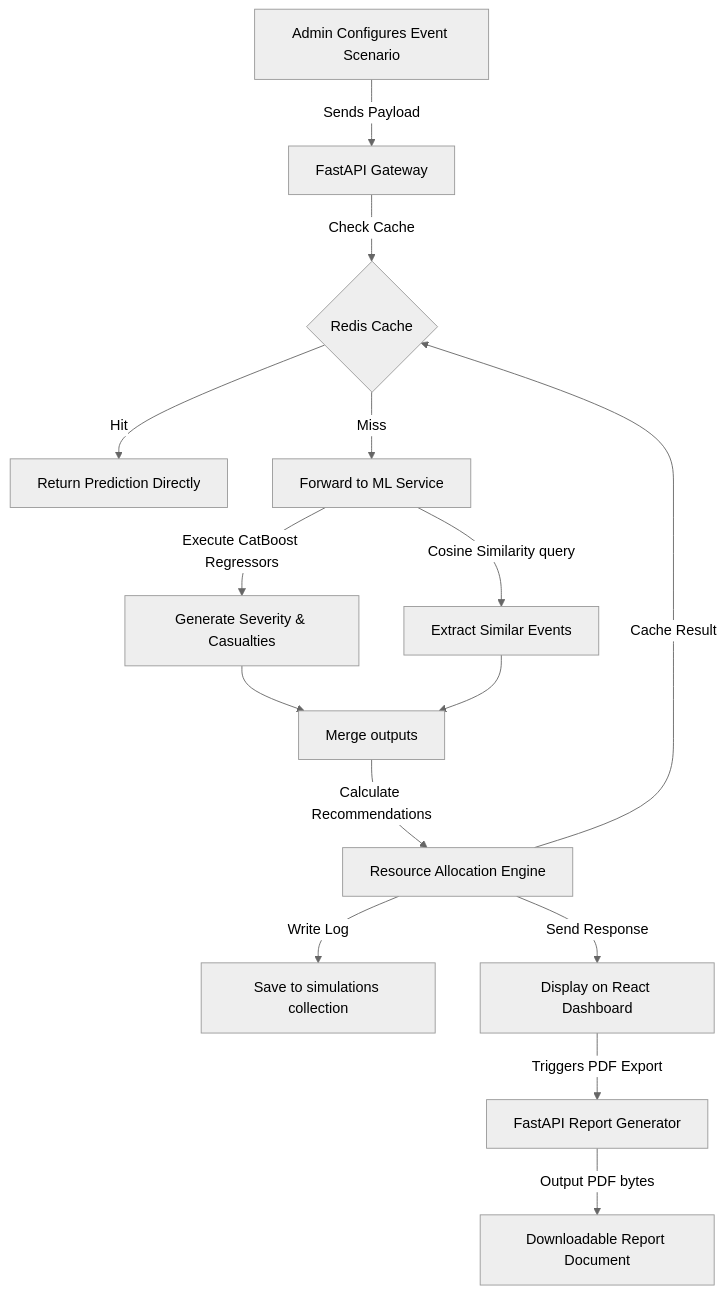
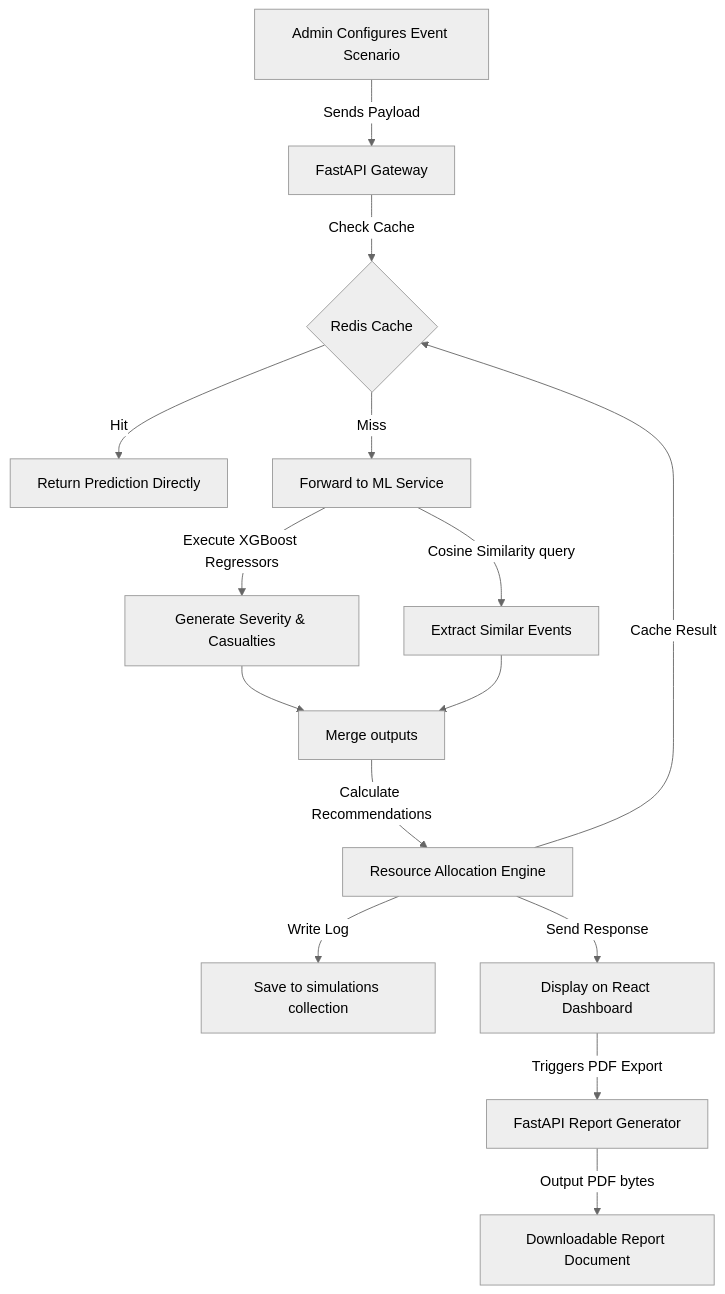
One commit to ahana4banerjee/AI-Disaster-Orchastrator changed the fourth of 8 diagrams in ARCHITECTURE.md. Above: the diagram before and after it, drawn with Mermaid (neutral theme). The commit also changed other lines of this file and 10 other files, not shown here.

Commit message:
feat: implement ML prediction service and switch from CatBoost to XGBoost regressors

````diff
--- a/ARCHITECTURE.md
+++ b/ARCHITECTURE.md
@@ -319,17 +319,17 @@
 ```mermaid
 graph TD
     A[Admin Configures Event Scenario] -->|Sends Payload| B[FastAPI Gateway]
     B -->|Check Cache| C{Redis Cache}
     C -->|Hit| D[Return Prediction Directly]
     C -->|Miss| E[Forward to ML Service]
-    E -->|Execute CatBoost Regressors| F[Generate Severity & Casualties]
+    E -->|Execute XGBoost Regressors| F[Generate Severity & Casualties]
     E -->|Cosine Similarity query| G[Extract Similar Events]
     F --> H[Merge outputs]
     G --> H
     H -->|Calculate Recommendations| I[Resource Allocation Engine]
     I -->|Cache Result| C
     I -->|Write Log| J[Save to simulations collection]
     I -->|Send Response| K[Display on React Dashboard]
     K -->|Triggers PDF Export| L[FastAPI Report Generator]
     L -->|Output PDF bytes| M[Downloadable Report Document]
 ```
````
